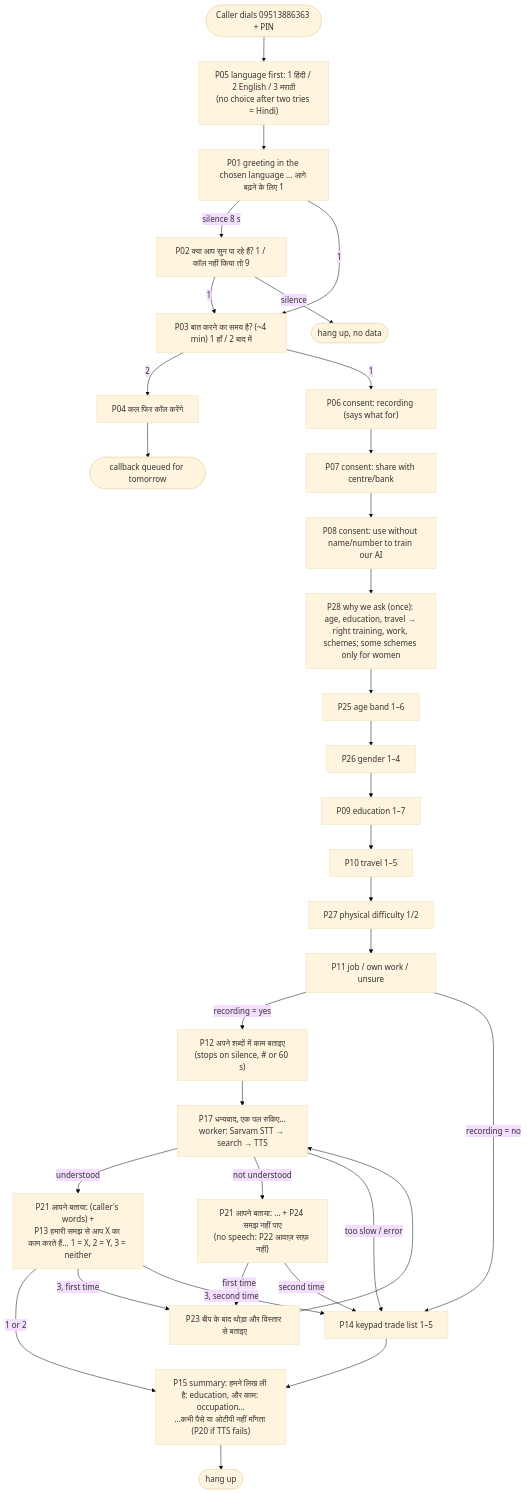
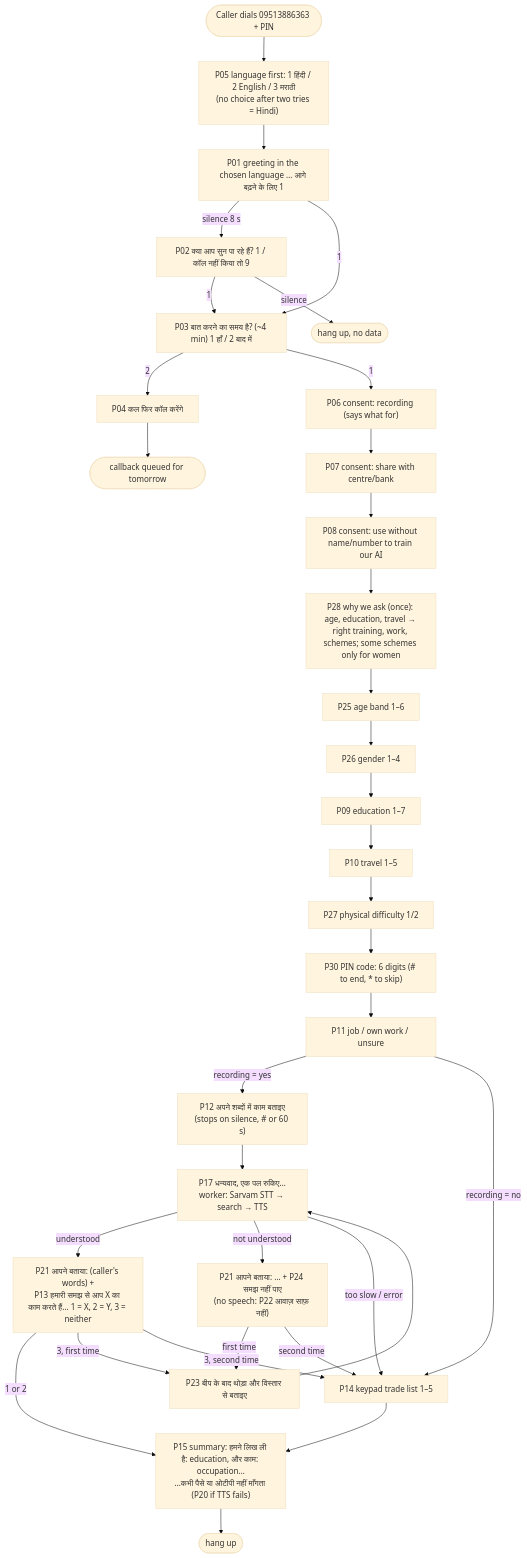
Before and after one commit to sakshamagrawalcode-cpu/hunarvaani: the second of 2 diagrams in docs/HANDOFF.md, drawn with Mermaid (base theme). The commit also changed other lines of this file and 16 other files, not shown here.

First line of the commit message:
A7: district from the caller's PIN code (P30/P31, digit collection, sample PIN table, console)

````diff
--- a/docs/HANDOFF.md
+++ b/docs/HANDOFF.md
@@ -115,26 +116,26 @@
 ```mermaid
 flowchart TD
     A([Caller dials 09513886363 + PIN]) --> P05["P05 language first: 1 हिंदी / 2 English / 3 मराठी<br/>(no choice after two tries = Hindi)"]
     P05 --> P01["P01 greeting in the chosen language … आगे बढ़ने के लिए 1"]
     P01 -- "silence 8 s" --> P02["P02 क्या आप सुन पा रहे हैं? 1 / कॉल नहीं किया तो 9"]
     P02 -- 1 --> P03
     P02 -- "silence" --> END0([hang up, no data])
     P01 -- 1 --> P03["P03 बात करने का समय है? (~4 min) 1 हाँ / 2 बाद में"]
     P03 -- 2 --> P04["P04 कल फिर कॉल करेंगे"] --> CB([callback queued for tomorrow])
     P03 -- 1 --> P06["P06 consent: recording (says what for)"] --> P07["P07 consent: share with centre/bank"] --> P08["P08 consent: use without name/number to train our AI"]
     P08 --> P28["P28 why we ask (once): age, education, travel → right training, work, schemes; some schemes only for women"] --> P25["P25 age band 1–6"] --> P26["P26 gender 1–4"]
-    P26 --> P09["P09 education 1–7"] --> P10["P10 travel 1–5"] --> P27["P27 physical difficulty 1/2"] --> P11["P11 job / own work / unsure"]
+    P26 --> P09["P09 education 1–7"] --> P10["P10 travel 1–5"] --> P27["P27 physical difficulty 1/2"] --> P30["P30 PIN code: 6 digits (# to end, * to skip)"] --> P11["P11 job / own work / unsure"]
     P11 -- "recording = yes" --> P12["P12 अपने शब्दों में काम बताइए<br/>(stops on silence, # or 60 s)"]
     P11 -- "recording = no" --> P14
     P12 --> P17["P17 धन्यवाद, एक पल रुकिए…<br/>worker: Sarvam STT → search → TTS"]
     P17 -- "understood" --> P13["P21 आपने बताया: (caller's words) +<br/>P13 हमारी समझ से आप X का काम करते हैं… 1 = X, 2 = Y, 3 = neither"]
     P17 -- "not understood" --> RETRY["P21 आपने बताया: … + P24 समझ नहीं पाए<br/>(no speech: P22 आवाज़ साफ़ नहीं)"]
     RETRY -- "first time" --> P23["P23 बीप के बाद थोड़ा और विस्तार से बताइए"] --> P17
     RETRY -- "second time" --> P14
     P17 -- "too slow / error" --> P14["P14 keypad trade list 1–5"]
     P13 -- "1 or 2" --> P15
     P13 -- "3, first time" --> P23
     P13 -- "3, second time" --> P14
     P14 --> P15["P15 summary: हमने लिख ली है: education, और काम: occupation…<br/>…कभी पैसे या ओटीपी नहीं माँगता (P20 if TTS fails)"]
     P15 --> END([hang up])
 ```
````
